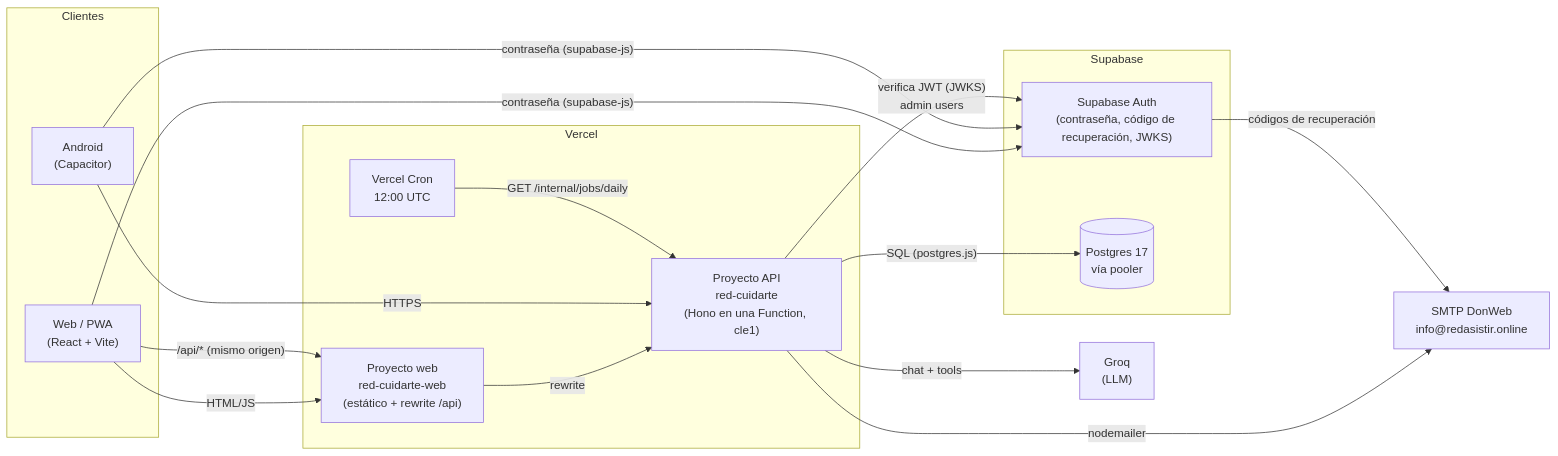
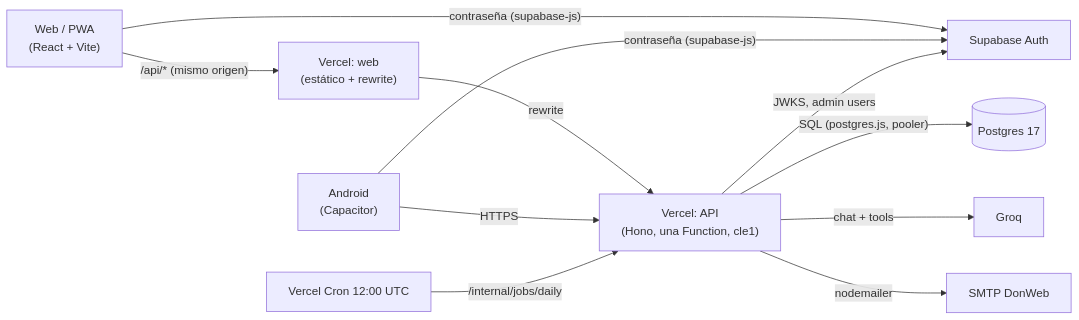
One commit to Nicolasgh91/red-cuidarte changed the first of 2 diagrams in docs/architecture.md. Above: the diagram before and after it, drawn with Mermaid. The commit also changed other lines of this file and 46 other files, not shown here.

````diff
--- a/docs/architecture.md
+++ b/docs/architecture.md
@@ -42,34 +20,12 @@
 ```mermaid
 flowchart LR
-  subgraph Clientes
-    PWA["Web / PWA<br/>(React + Vite)"]
-    APK["Android<br/>(Capacitor)"]
-  end
-
-  subgraph Vercel
-    WEB["Proyecto web<br/>red-cuidarte-web<br/>(estático + rewrite /api)"]
-    API["Proyecto API<br/>red-cuidarte<br/>(Hono en una Function, cle1)"]
-    CRON["Vercel Cron<br/>12:00 UTC"]
-  end
-
-  subgraph Supabase
-    AUTH["Supabase Auth<br/>(contraseña, código de recuperación, JWKS)"]
-    PG[("Postgres 17<br/>vía pooler")]
-  end
-
-  GROQ["Groq<br/>(LLM)"]
-  SMTP["SMTP DonWeb<br/>info@redasistir.online"]
-
-  PWA -- "HTML/JS" --> WEB
-  PWA -- "/api/* (mismo origen)" --> WEB
-  WEB -- "rewrite" --> API
-  APK -- "HTTPS" --> API
-  PWA -- "contraseña (supabase-js)" --> AUTH
-  APK -- "contraseña (supabase-js)" --> AUTH
-  API -- "verifica JWT (JWKS)<br/>admin users" --> AUTH
-  API -- "SQL (postgres.js)" --> PG
-  API -- "chat + tools" --> GROQ
-  API -- "nodemailer" --> SMTP
-  AUTH -- "códigos de recuperación" --> SMTP
-  CRON -- "GET /internal/jobs/daily" --> API
+  PWA["Web / PWA<br/>(React + Vite)"] -- "/api/* (mismo origen)" --> WEB["Vercel: web<br/>(estático + rewrite)"]
+  WEB -- rewrite --> API["Vercel: API<br/>(Hono, una Function, cle1)"]
+  APK["Android<br/>(Capacitor)"] -- HTTPS --> API
+  PWA & APK -- "contraseña (supabase-js)" --> AUTH["Supabase Auth"]
+  API -- "JWKS, admin users" --> AUTH
+  API -- "SQL (postgres.js, pooler)" --> PG[("Postgres 17")]
+  API -- "chat + tools" --> GROQ[Groq]
+  API -- nodemailer --> SMTP["SMTP DonWeb"]
+  CRON["Vercel Cron 12:00 UTC"] -- "/internal/jobs/daily" --> API
 ```
````
